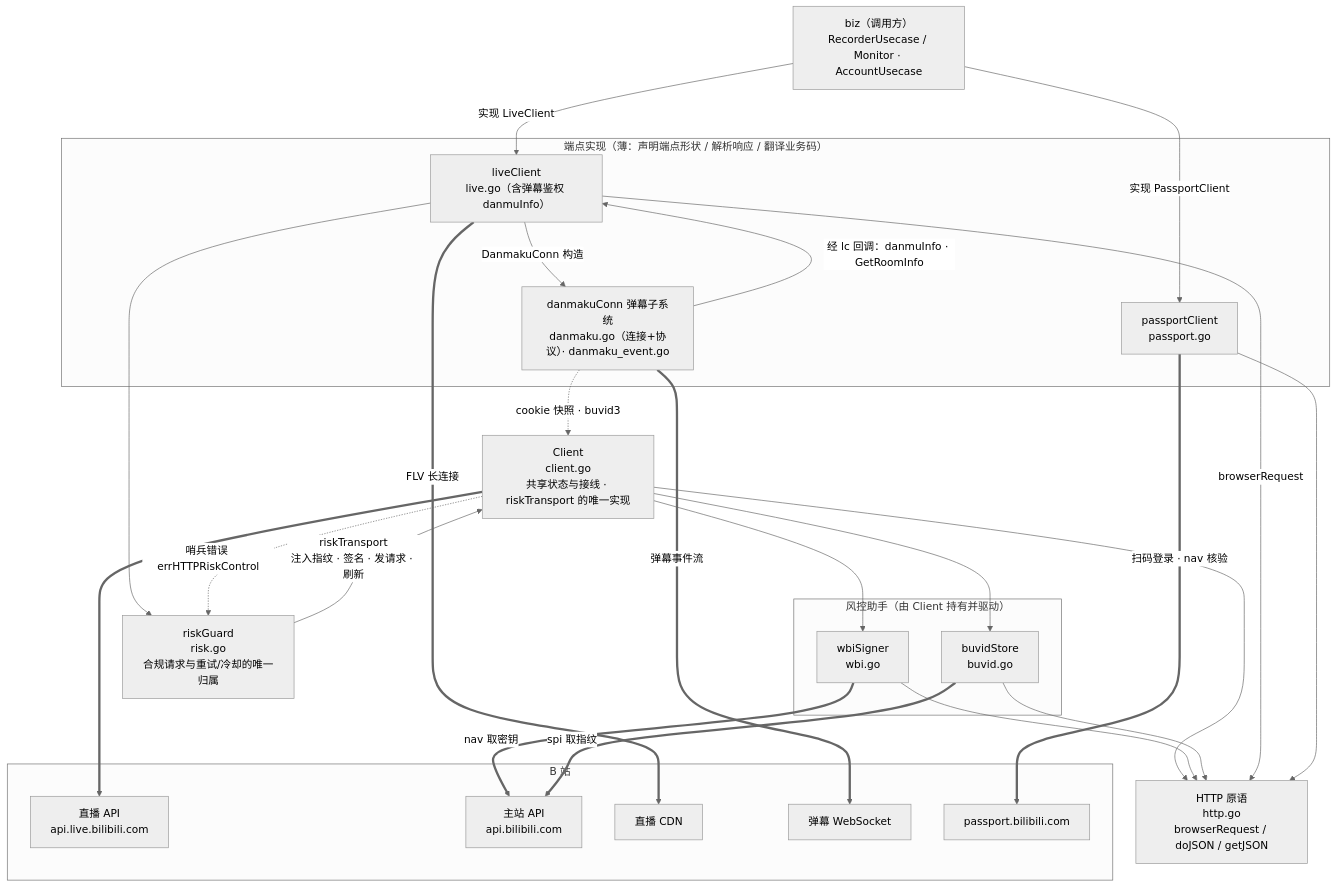
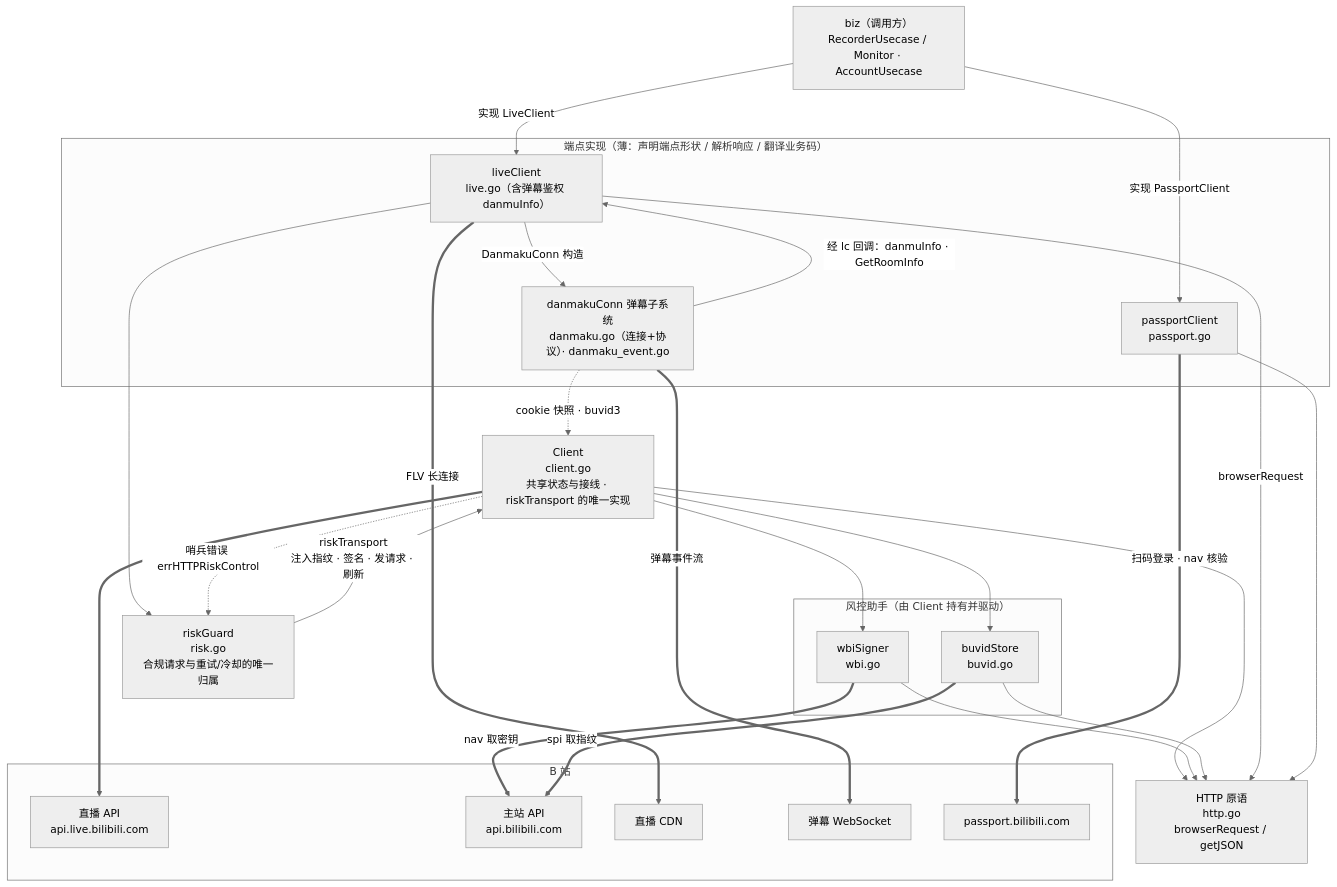
Before and after one commit to xgbt/suika: the diagram in internal/data/bili/README.md, drawn with Mermaid (neutral theme). The commit also changed other lines of this file and 3 other files, not shown here.

Commit message:
refactor(passport): 优化 getJSON 调用，简化 QR 登录相关逻辑

````diff
--- a/internal/data/bili/README.md
+++ b/internal/data/bili/README.md
@@ -7,52 +7,52 @@
 ```mermaid
 flowchart TB
     UC["biz（调用方）<br/>RecorderUsecase / Monitor · AccountUsecase"]
 
     subgraph ENDPOINTS["端点实现（薄：声明端点形状 / 解析响应 / 翻译业务码）"]
         LIVE["liveClient<br/>live.go（含弹幕鉴权 danmuInfo）"]
         DM["danmakuConn 弹幕子系统<br/>danmaku.go（连接+协议）· danmaku_event.go"]
         PASS["passportClient<br/>passport.go"]
     end
 
     RISK["riskGuard<br/>risk.go<br/>合规请求与重试/冷却的唯一归属"]
     CLIENT["Client<br/>client.go<br/>共享状态与接线 · riskTransport 的唯一实现"]
 
     subgraph HELPERS["风控助手（由 Client 持有并驱动）"]
         WBI["wbiSigner<br/>wbi.go"]
         BUVID["buvidStore<br/>buvid.go"]
     end
 
-    HTTP["HTTP 原语<br/>http.go<br/>browserRequest / doJSON / getJSON"]
+    HTTP["HTTP 原语<br/>http.go<br/>browserRequest / getJSON"]
 
     subgraph BILI["B 站"]
         BILIAPI["直播 API<br/>api.live.bilibili.com"]
         WWWAPI["主站 API<br/>api.bilibili.com"]
         CDN["直播 CDN"]
         WS["弹幕 WebSocket"]
         PP["passport.bilibili.com"]
     end
 
     UC -->|"实现 LiveClient"| LIVE
     UC -->|"实现 PassportClient"| PASS
     LIVE -->|"DanmakuConn 构造"| DM
     DM -->|"经 lc 回调：danmuInfo · GetRoomInfo"| LIVE
     LIVE --> RISK
     DM -.->|"cookie 快照 · buvid3"| CLIENT
     RISK -->|"riskTransport<br/>注入指纹 · 签名 · 发请求 · 刷新"| CLIENT
     CLIENT -.->|"哨兵错误 errHTTPRiskControl"| RISK
 
     CLIENT --> WBI
     CLIENT --> BUVID
     CLIENT --> HTTP
     WBI --> HTTP
     BUVID --> HTTP
     LIVE -->|"browserRequest"| HTTP
     PASS --> HTTP
 
     CLIENT ==> BILIAPI
     WBI ==>|"nav 取密钥"| WWWAPI
     BUVID ==>|"spi 取指纹"| WWWAPI
     LIVE ==>|"FLV 长连接"| CDN
     DM ==>|"弹幕事件流"| WS
     PASS ==>|"扫码登录 · nav 核验"| PP
 ```
````
